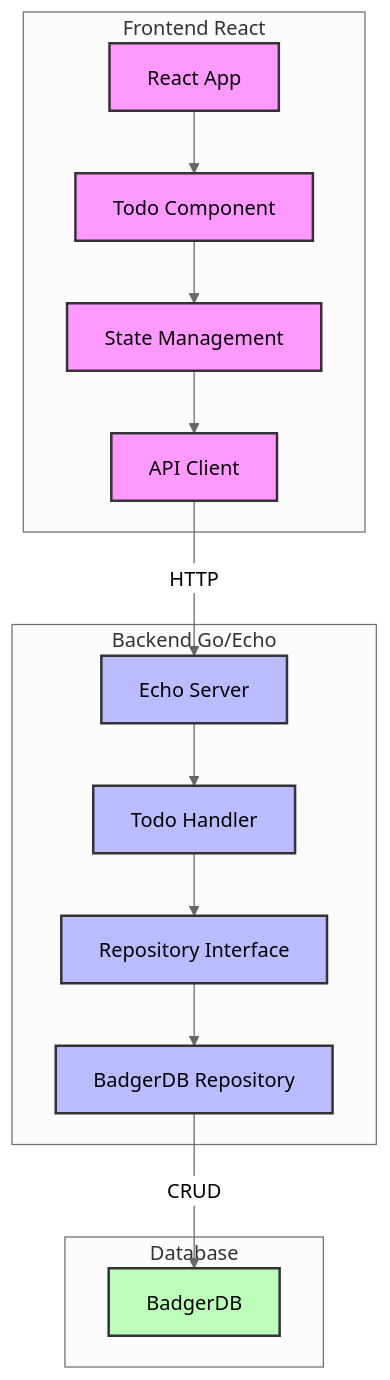
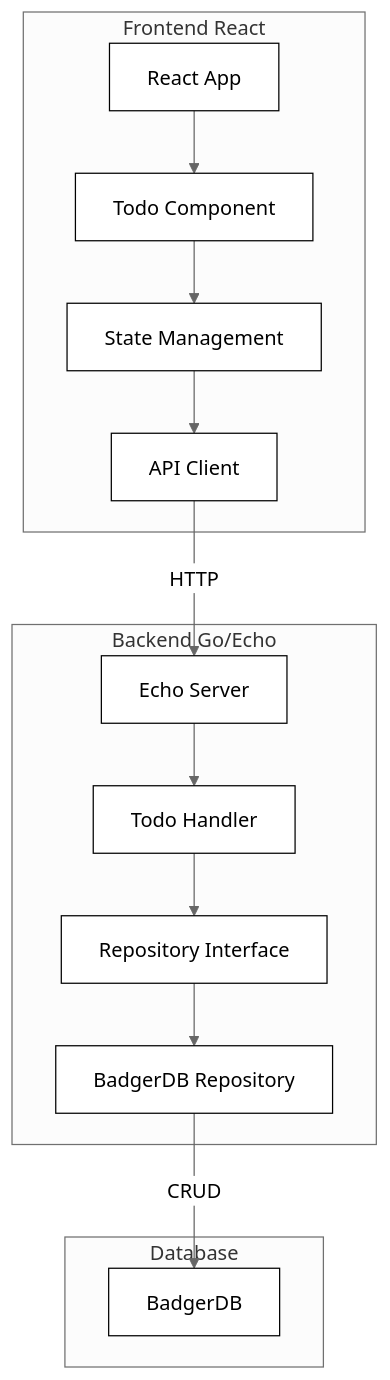
The diagram in README.md (donvito/cursor-react-go-starter), drawn with Mermaid (neutral theme) before and after one commit. The commit also changed other lines of this file and 10 other files, not shown here.

````diff
--- a/README.md
+++ b/README.md
@@ -7,38 +7,33 @@
 ```mermaid
 flowchart TB
     subgraph Frontend[Frontend React]
         A[React App]
         B[Todo Component]
         C[State Management]
         D[API Client]
         A --> B
         B --> C
         C --> D
     end
 
     subgraph Backend[Backend Go/Echo]
         E[Echo Server]
         F[Todo Handler]
         G[Repository Interface]
         H[BadgerDB Repository]
         E --> F
         F --> G
         G --> H
     end
 
     subgraph DB[Database]
         I[BadgerDB]
     end
 
     D -->|HTTP| E
     H -->|CRUD| I
 
-    classDef default fill:#f9f9f9,stroke:#333,stroke-width:1px;
-    classDef frontend fill:#f9f,stroke:#333,stroke-width:2px;
-    classDef backend fill:#bbf,stroke:#333,stroke-width:2px;
-    classDef database fill:#bfb,stroke:#333,stroke-width:2px;
+    classDef default fill:#ffffff,stroke:#000000,stroke-width:1px;
     
-    class A,B,C,D frontend;
-    class E,F,G,H backend;
-    class I database;
+    class A,B,C,D,E,F,G,H,I default;
 ```
````
